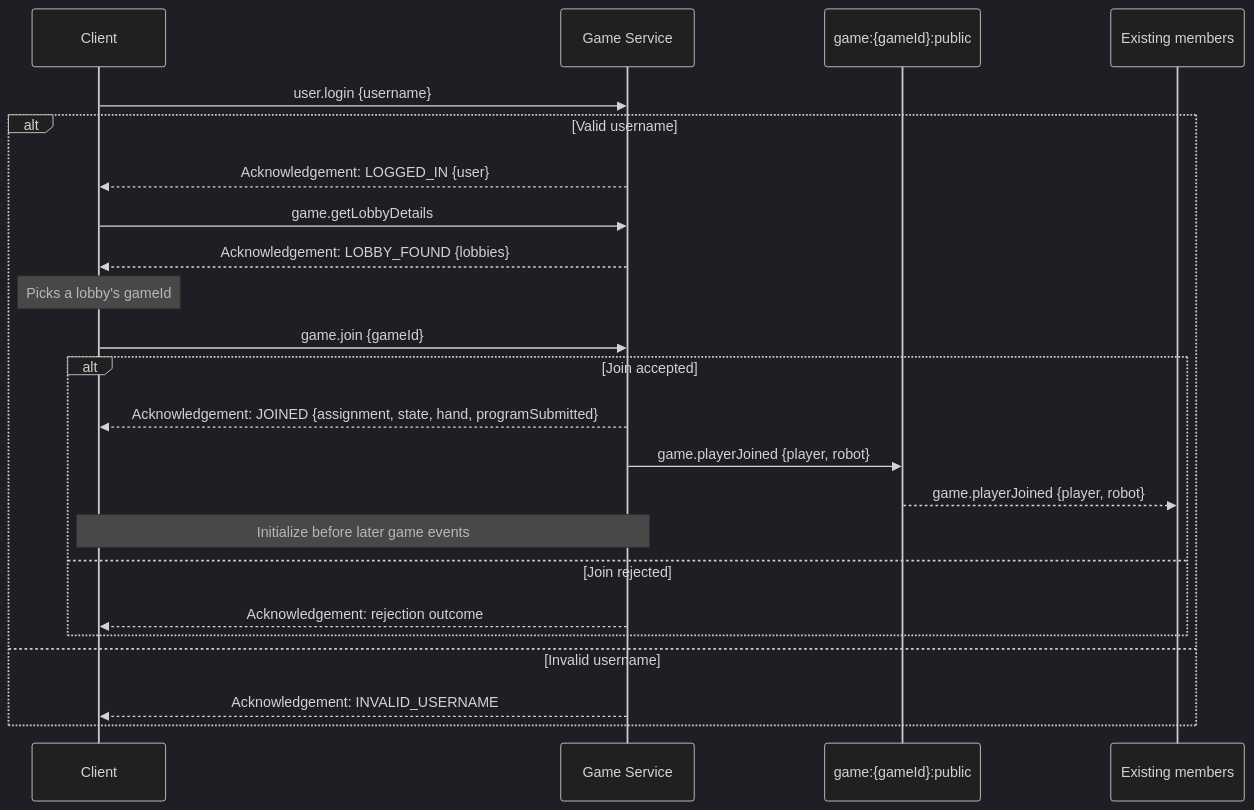
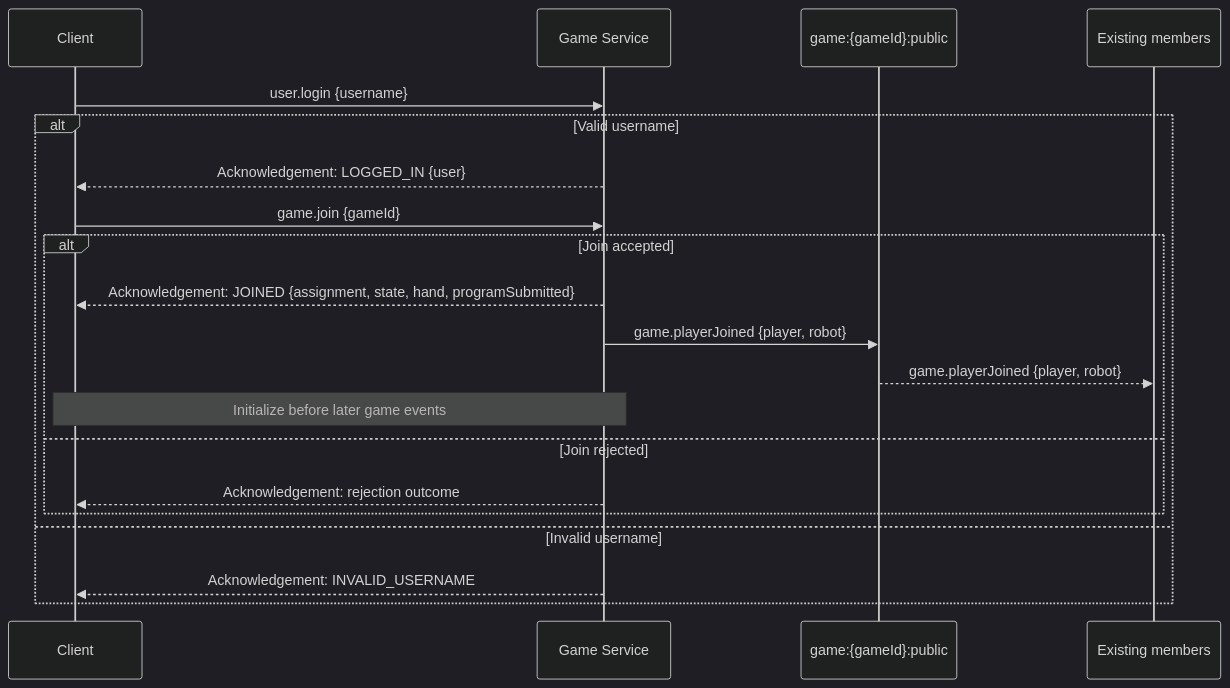
The first of 4 diagrams in docs/Communication.md (hananinas/RoboRally), drawn with Mermaid (dark theme) before and after one commit. The commit also changed other lines of this file and 2 other files, not shown here.

````diff
--- a/docs/Communication.md
+++ b/docs/Communication.md
@@ -63,26 +51,23 @@
 ```mermaid
 sequenceDiagram
     participant Client
     participant Server as Game Service
     participant Public as game:{gameId}:public
     participant Others as Existing members
 
     Client->>Server: user.login {username}
     alt Valid username
         Server-->>Client: Acknowledgement: LOGGED_IN {user}
-        Client->>Server : game.getLobbyDetails
-        Server-->>Client: Acknowledgement: LOBBY_FOUND {lobbies}
-        Note over Client: Picks a lobby's gameId
         Client->>Server: game.join {gameId}
         alt Join accepted
             Server-->>Client: Acknowledgement: JOINED {assignment, state, hand, programSubmitted}
             Server->>Public: game.playerJoined {player, robot}
             Public-->>Others: game.playerJoined {player, robot}
             Note over Client,Server: Initialize before later game events
         else Join rejected
             Server-->>Client: Acknowledgement: rejection outcome
         end
     else Invalid username
         Server-->>Client: Acknowledgement: INVALID_USERNAME
     end
 ```
````
